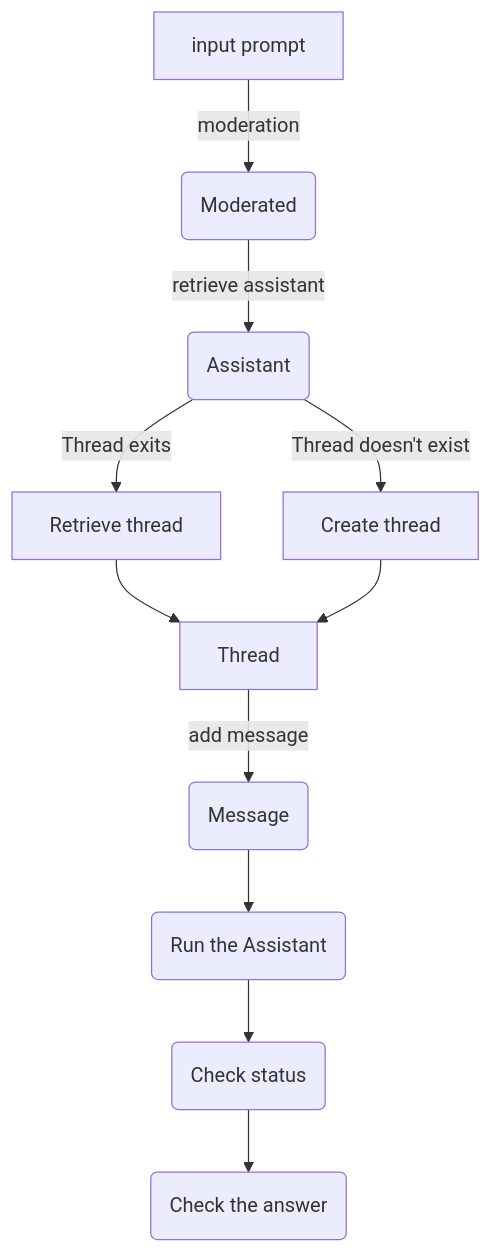
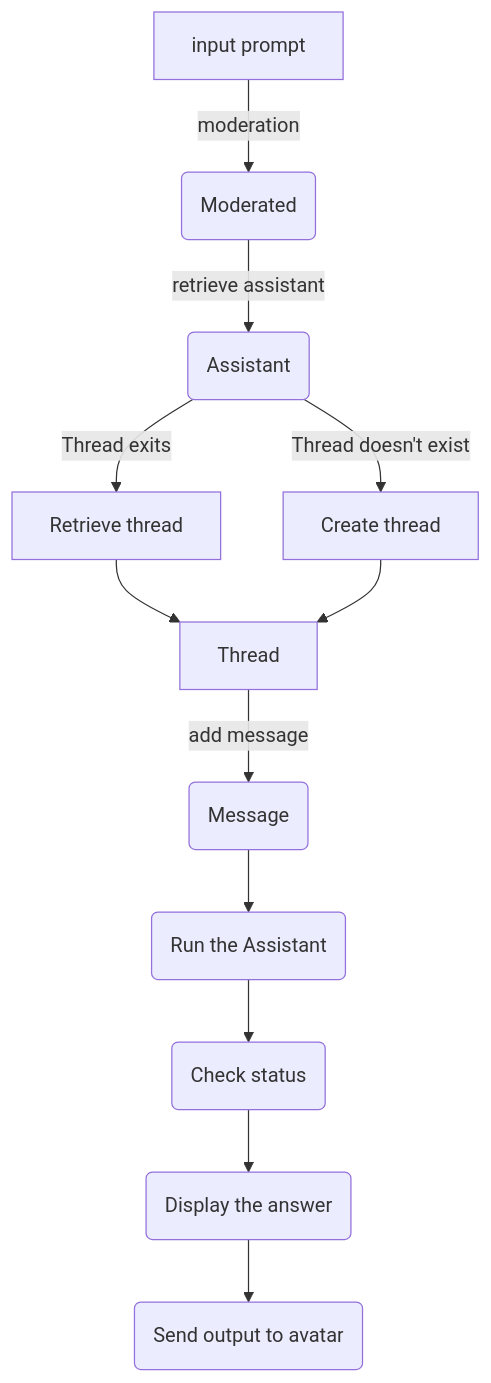
The diagram in README.md (webamigos/RagenAI), drawn with Mermaid before and after one commit. The commit also changed 9 other files, not shown here.

````diff
--- a/README.md
+++ b/README.md
@@ -17,12 +17,13 @@
 ```mermaid
 flowchart TB
     A[input prompt] -->|moderation| B(Moderated)
     B --> |retrieve assistant| C(Assistant)
     C -->|Thread exits| D[Retrieve thread] --> F
     C -->|Thread doesn't exist| E[Create thread] --> F
     F[Thread] -->|add message| G(Message)
     G --> H(Run the Assistant)
     H --> I(Check status)
-    I --> J(Check the answer)
+    I --> J(Display the answer)
+    J --> K(Send output to avatar)
 
 ```
````
